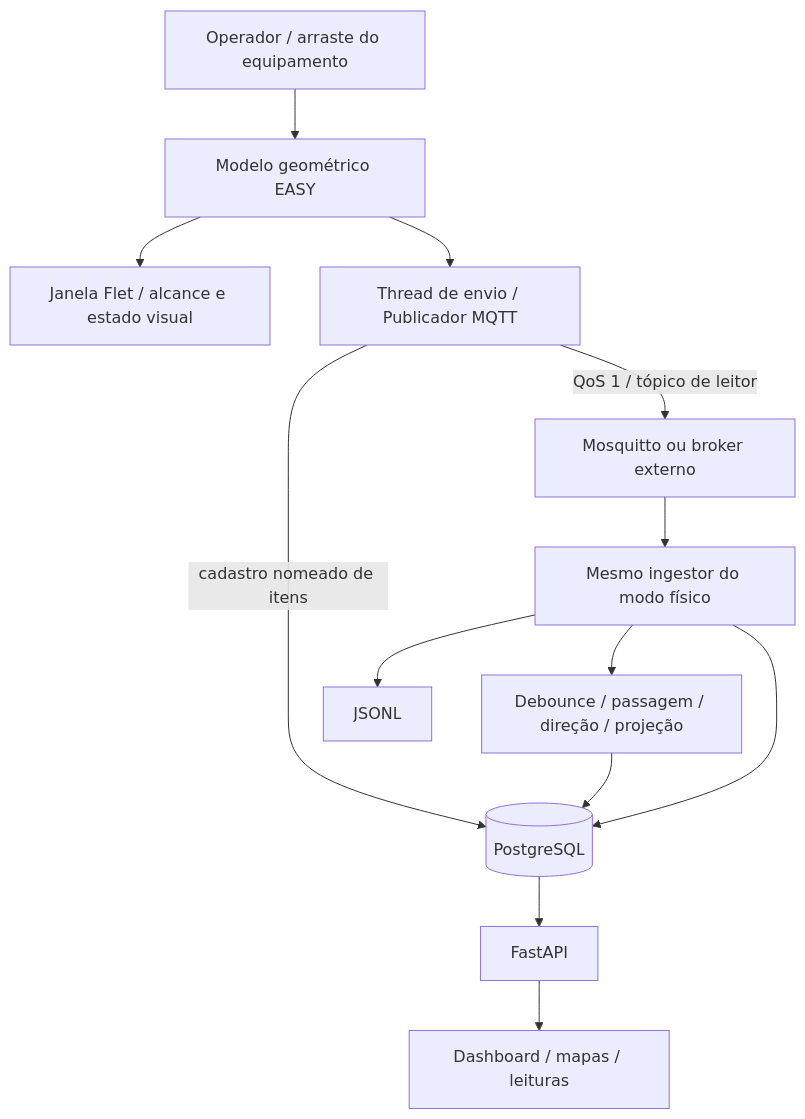
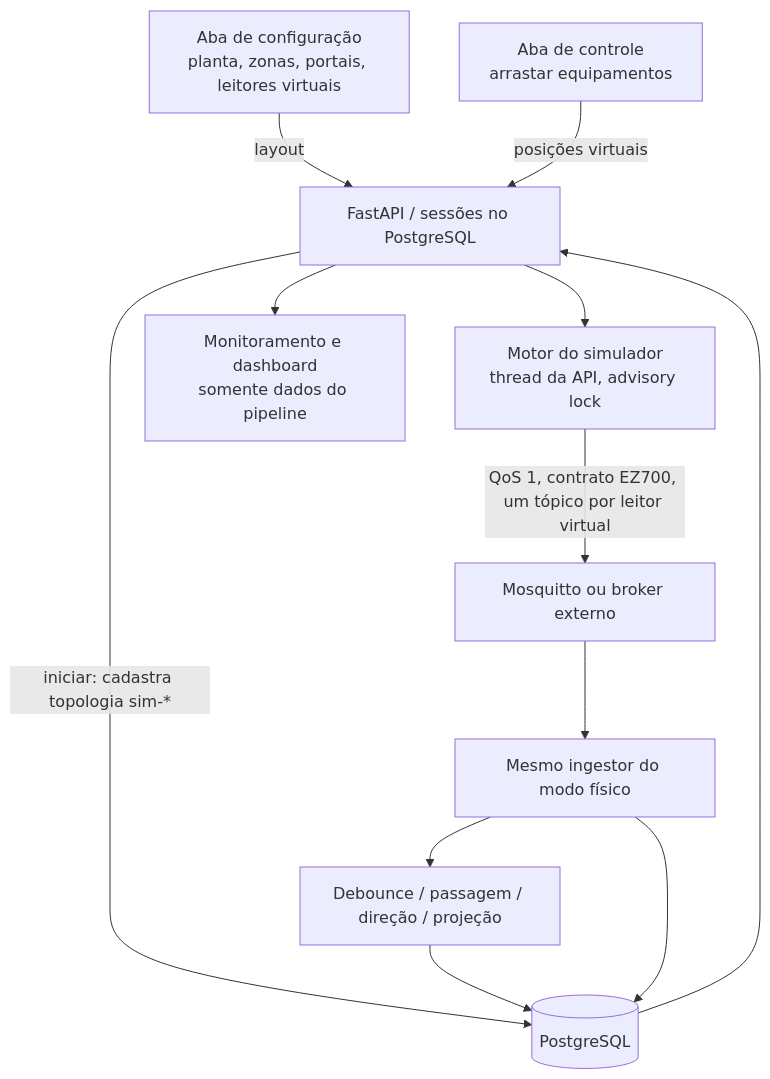
Before and after one commit to OtavioBrandao/rastreamento-rfid-hupaa: the second of 3 diagrams in docs/architecture/system-overview.md, drawn with Mermaid. The commit also changed other lines of this file and 16 other files, not shown here.

First line of the commit message:
docs: cadastro web, simulador web, limpeza do banco e deploy

````diff
--- a/docs/architecture/system-overview.md
+++ b/docs/architecture/system-overview.md
@@ -58,14 +58,13 @@
 ```mermaid
 flowchart TB
-    OP[Operador / arraste do equipamento] --> MODEL[Modelo geométrico EASY]
-    MODEL --> UI[Janela Flet / alcance e estado visual]
-    MODEL --> SEND[Thread de envio / Publicador MQTT]
-    SEND -->|QoS 1 / tópico de leitor| MQ[Mosquitto ou broker externo]
-    SEND -->|cadastro nomeado de itens| DB[(PostgreSQL)]
+    CFG[Aba de configuração<br/>planta, zonas, portais, leitores virtuais] -->|layout| API
+    CTL[Aba de controle<br/>arrastar equipamentos] -->|posições virtuais| API[FastAPI / sessões no PostgreSQL]
+    API -->|iniciar: cadastra topologia sim-*| DB[(PostgreSQL)]
+    API --> MOTOR[Motor do simulador<br/>thread da API, advisory lock]
+    MOTOR -->|QoS 1, contrato EZ700, um tópico por leitor virtual| MQ[Mosquitto ou broker externo]
     MQ --> ING[Mesmo ingestor do modo físico]
     ING --> PIPE[Debounce / passagem / direção / projeção]
     PIPE --> DB
     ING --> DB
-    ING --> LOG[JSONL]
-    DB --> API[FastAPI] --> WEB[Dashboard / mapas / leituras]
+    DB --> API --> MON[Monitoramento e dashboard<br/>somente dados do pipeline]
 ```
````
